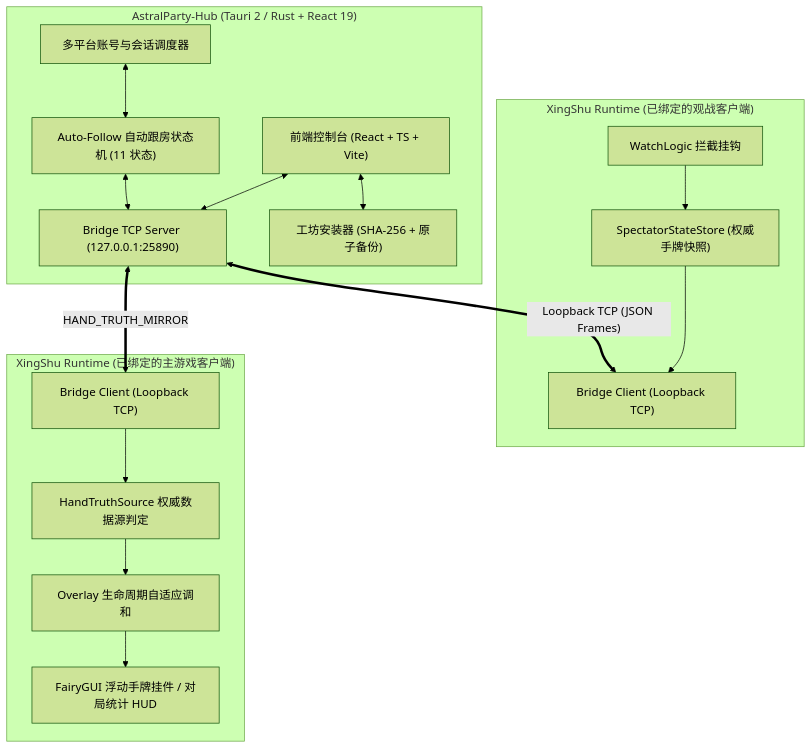
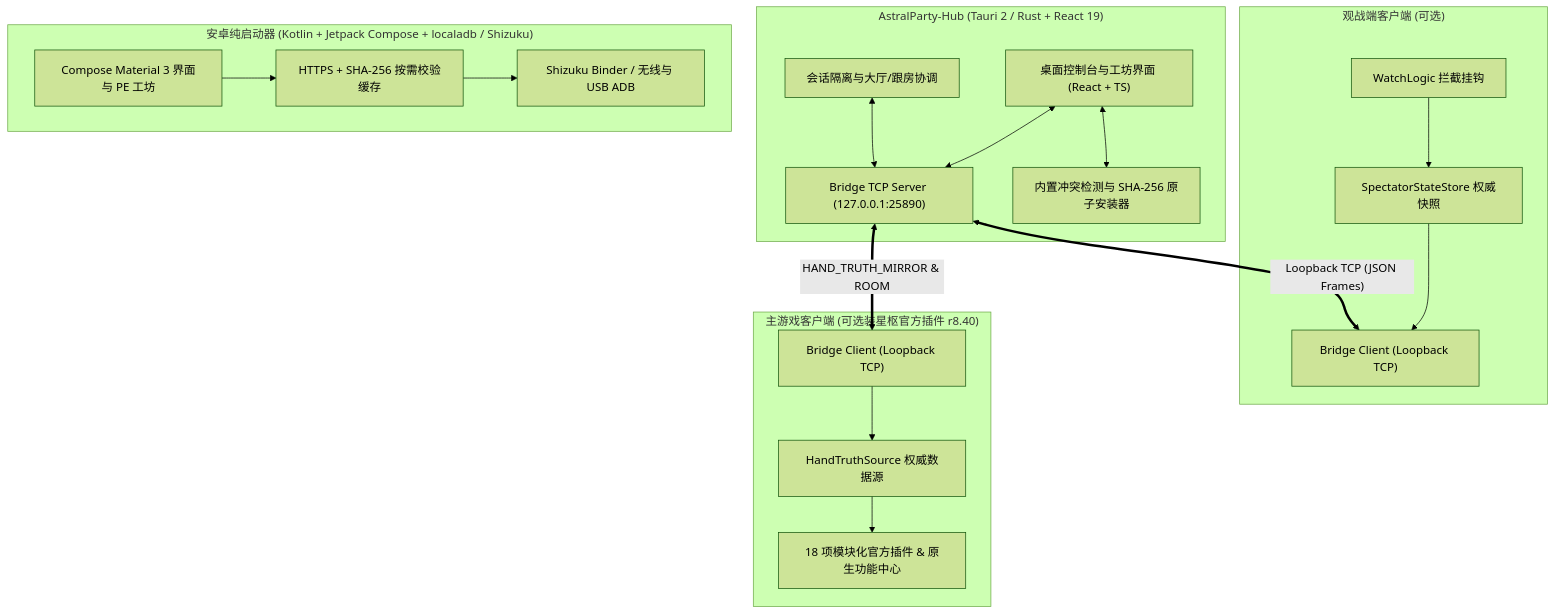
The diagram in README_CN.md (Breezecaresses/AstralParty-XingShu), drawn with Mermaid (forest theme) before and after one commit. The commit also changed other lines of this file and 314 other files, not shown here.

Commit message:
release: v0.1.7 pure launcher, modular official plugin, Compose Android app, r8.40 UI fixes & updated license

````diff
--- a/README_CN.md
+++ b/README_CN.md
@@ -71,35 +73,36 @@
 ```mermaid
 flowchart TD
     subgraph Hub["AstralParty-Hub (Tauri 2 / Rust + React 19)"]
-        UI["前端控制台 (React + TS + Vite)"]
-        FSM["Auto-Follow 自动跟房状态机 (11 状态)"]
+        UI["桌面控制台与工坊界面 (React + TS)"]
+        FSM["会话隔离与大厅/跟房协调"]
         TCPServer["Bridge TCP Server (127.0.0.1:25890)"]
-        AccountMgr["多平台账号与会话调度器"]
-        Workshop["工坊安装器 (SHA-256 + 原子备份)"]
+        Workshop["内置冲突检测与 SHA-256 原子安装器"]
         UI <--> TCPServer
         UI <--> Workshop
         FSM <--> TCPServer
-        AccountMgr <--> FSM
     end
 
-    subgraph RuntimeSpectator["XingShu Runtime (已绑定的观战客户端)"]
+    subgraph RuntimeSpectator["观战端客户端 (可选)"]
         SpecHook["WatchLogic 拦截挂钩"]
-        SpecStore["SpectatorStateStore (权威手牌快照)"]
+        SpecStore["SpectatorStateStore 权威快照"]
         SpecBridge["Bridge Client (Loopback TCP)"]
-        SpecHook --> SpecStore
-        SpecStore --> SpecBridge
+        SpecHook --> SpecStore --> SpecBridge
     end
 
-    subgraph RuntimeMain["XingShu Runtime (已绑定的主游戏客户端)"]
+    subgraph RuntimeMain["主游戏客户端 (可选装星枢官方插件 r8.40)"]
         MainBridge["Bridge Client (Loopback TCP)"]
-        TruthSource["HandTruthSource 权威数据源判定"]
-        Reconcile["Overlay 生命周期自适应调和"]
-        FairyGUI["FairyGUI 浮动手牌挂件 / 对局统计 HUD"]
-        MainBridge --> TruthSource
-        TruthSource --> Reconcile
-        Reconcile --> FairyGUI
+        TruthSource["HandTruthSource 权威数据源"]
+        Modules["18 项模块化官方插件 & 原生功能中心"]
+        MainBridge --> TruthSource --> Modules
+    end
+
+    subgraph AndroidApp["安卓纯启动器 (Kotlin + Jetpack Compose + localadb / Shizuku)"]
+        MobileUI["Compose Material 3 界面与 PE 工坊"]
+        PayloadMgr["HTTPS + SHA-256 按需校验缓存"]
+        Privileged["Shizuku Binder / 无线与 USB ADB"]
+        MobileUI --> PayloadMgr --> Privileged
     end
 
     TCPServer <== "Loopback TCP (JSON Frames)" ==> SpecBridge
-    TCPServer <== "HAND_TRUTH_MIRROR" ==> MainBridge
+    TCPServer <== "HAND_TRUTH_MIRROR & ROOM" ==> MainBridge
 ```
````
